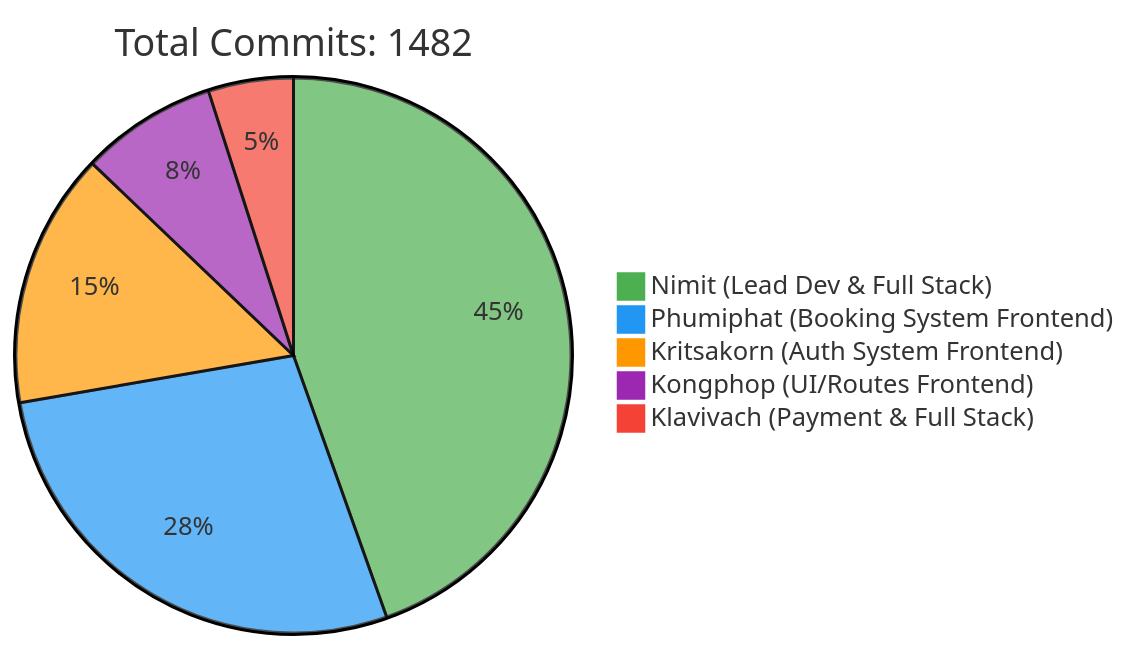
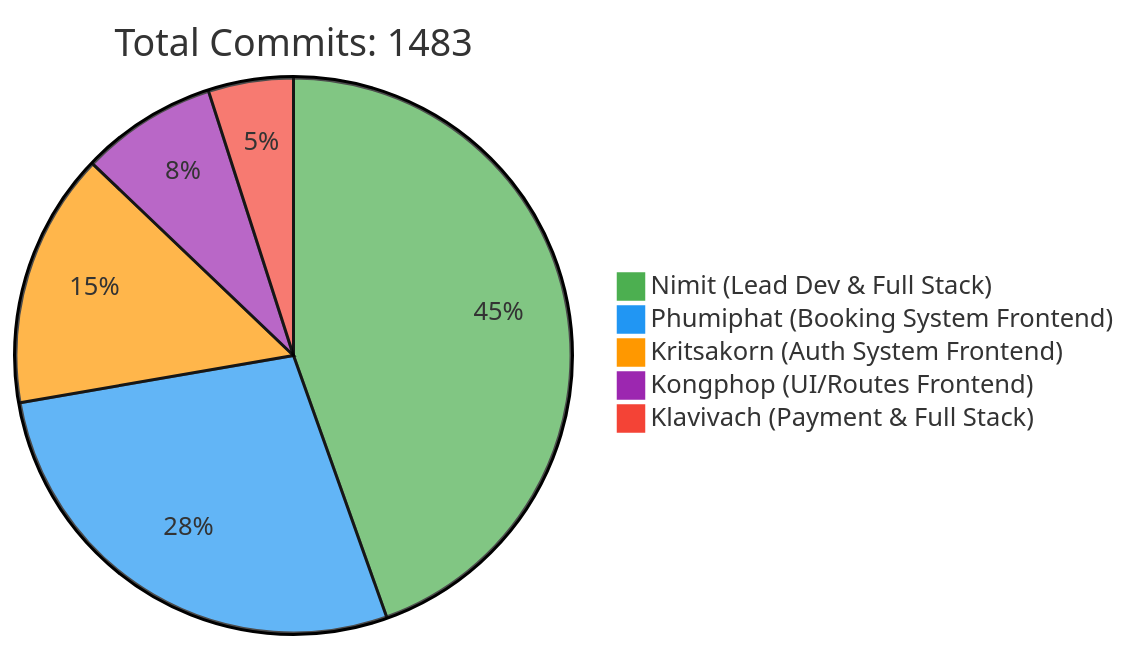
The first of 2 diagrams in README.md (6531503042/Sport-Complex), drawn with Mermaid before and after one commit. The commit also changed other lines of this file, not shown here.

Commit message:
docs: Update contributor statistics [skip ci]

````diff
--- a/README.md
+++ b/README.md
@@ -257,10 +257,10 @@
 ```mermaid
 %%{init: {'theme': 'base', 'themeVariables': { 'pie1': '#4CAF50', 'pie2': '#2196F3', 'pie3': '#FF9800', 'pie4': '#9C27B0', 'pie5': '#F44336'}}}%%
 pie
-    title Total Commits: 1482
+    title Total Commits: 1483
     "Nimit (Lead Dev & Full Stack)" : 450
     "Phumiphat (Booking System Frontend)" : 280
     "Kritsakorn (Auth System Frontend)" : 150
     "Kongphop (UI/Routes Frontend)" : 80
     "Klavivach (Payment & Full Stack)" : 50
 ```
````
